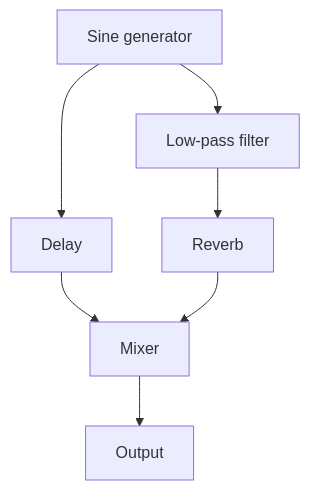
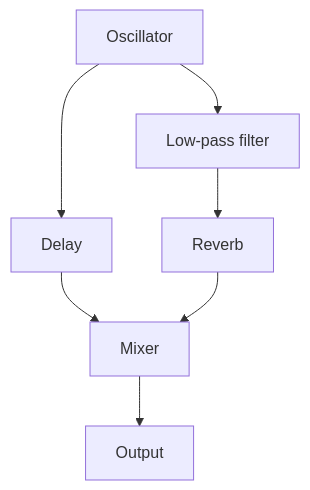
One commit to wgabel/orbit2 changed the second of 16 diagrams in ORBIT2-ARCHITECTURE.md. Above: the diagram before and after it, drawn with Mermaid. The commit also changed other lines of this file and 35 other files, not shown here.

Commit message:
Replace sine-only generator with reusable selectable oscillator waveforms

```diff
--- a/ORBIT2-ARCHITECTURE.md
+++ b/ORBIT2-ARCHITECTURE.md
@@ -176,9 +176,9 @@
 ~~~mermaid
 flowchart TD
-    G[Sine generator] --> F[Low-pass filter]
+    G[Oscillator] --> F[Low-pass filter]
     G --> D[Delay]
     F --> R[Reverb]
     D --> M[Mixer]
     R --> M
     M --> O[Output]
 ~~~
```
